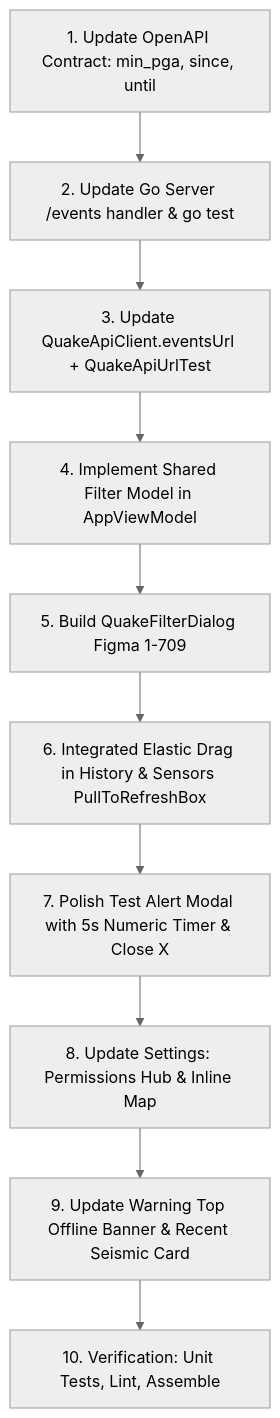
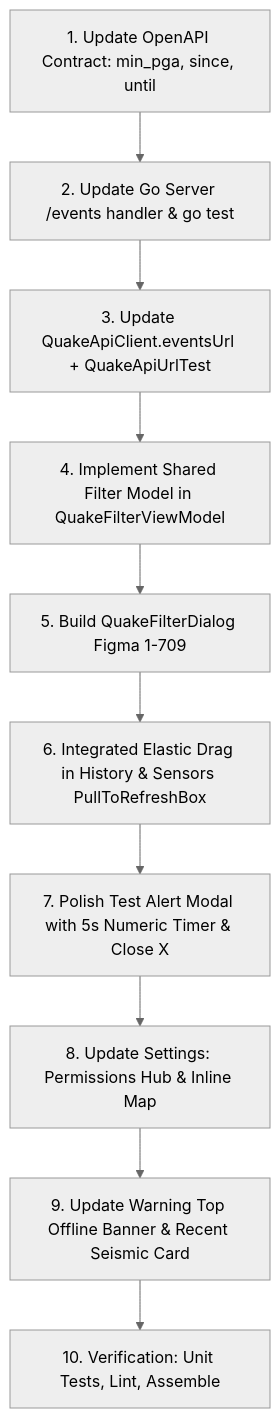
One commit to banana-pixel/QuakeAlert-App changed the diagram in docs/PHASE2_UI_REFINEMENT_PLAN.md. Above: the diagram before and after it, drawn with Mermaid (neutral theme). The commit also changed other lines of this file, not shown here.

First line of the commit message:
docs(phase2): correct the filter-state owner and the MMI gal floors

````diff
--- a/docs/PHASE2_UI_REFINEMENT_PLAN.md
+++ b/docs/PHASE2_UI_REFINEMENT_PLAN.md
@@ -136,12 +149,12 @@
 ```mermaid
 flowchart TD
     Step1[1. Update OpenAPI Contract: min_pga, since, until] --> Step2[2. Update Go Server /events handler & go test]
     Step2 --> Step3[3. Update QuakeApiClient.eventsUrl + QuakeApiUrlTest]
-    Step3 --> Step4[4. Implement Shared Filter Model in AppViewModel]
+    Step3 --> Step4[4. Implement Shared Filter Model in QuakeFilterViewModel]
     Step4 --> Step5[5. Build QuakeFilterDialog Figma 1-709]
     Step5 --> Step6[6. Integrated Elastic Drag in History & Sensors PullToRefreshBox]
     Step6 --> Step7[7. Polish Test Alert Modal with 5s Numeric Timer & Close X]
     Step7 --> Step8[8. Update Settings: Permissions Hub & Inline Map]
     Step8 --> Step9[9. Update Warning Top Offline Banner & Recent Seismic Card]
     Step9 --> Step10[10. Verification: Unit Tests, Lint, Assemble]
 ```
````
